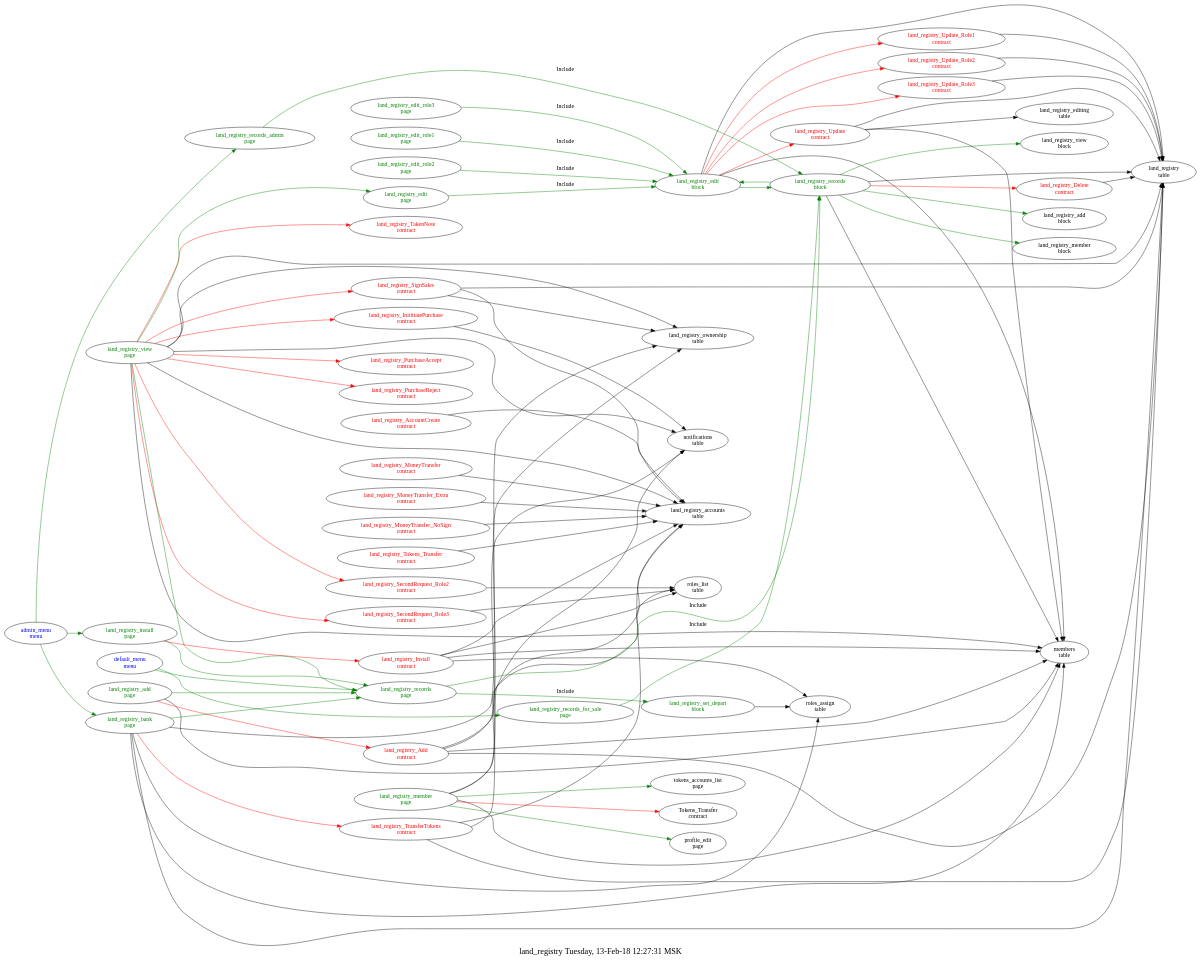
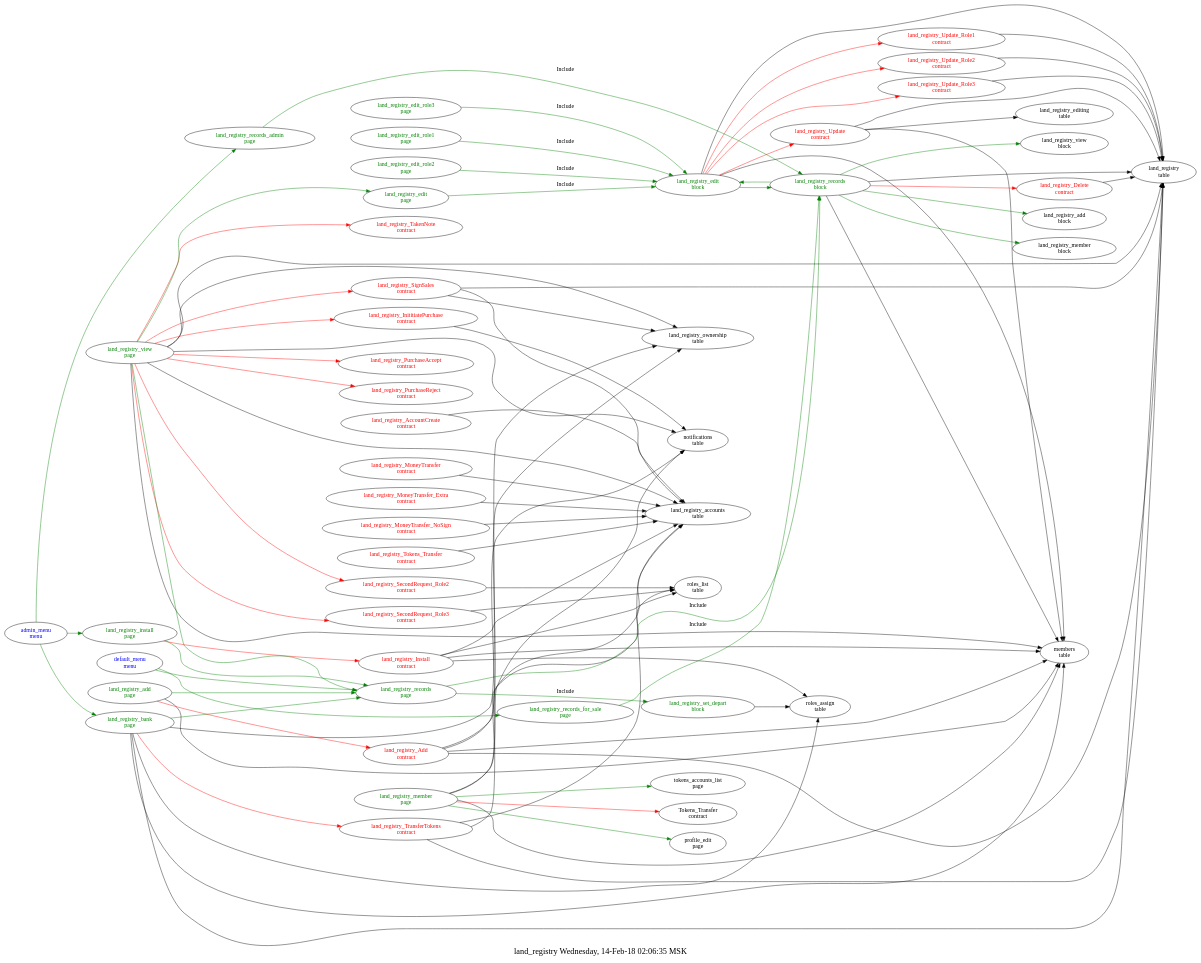
The diagram in src/land_registry/struct.dot (AplaProject/apps), drawn with Graphviz before and after one commit. The commit also changed 2 other files, not shown here.

```diff
--- a/src/land_registry/struct.dot
+++ b/src/land_registry/struct.dot
@@ -1,130 +1,130 @@
 digraph G {
 fontsize="20.0";
-label="land_registry Tuesday, 13-Feb-18 12:27:31 MSK";
+label="land_registry Wednesday, 14-Feb-18 02:06:35 MSK";
 rankdir=LR;
 "land_registry_edit\nblock" -> "land_registry_Update_Role1\ncontract"  [ color=red ]
 "land_registry_edit\nblock" -> "land_registry_Update_Role2\ncontract"  [ color=red ]
 "land_registry_edit\nblock" -> "land_registry_Update_Role3\ncontract"  [ color=red ]
 "land_registry_edit\nblock" -> "land_registry_Update\ncontract"  [ color=red ]
 "land_registry_edit\nblock" -> "land_registry\ntable"
 "land_registry_edit\nblock" -> "members\ntable"
 "land_registry_edit\nblock" -> "land_registry_records\nblock"  [ color=green ]
 "land_registry_edit\nblock" [fontcolor=green, group=blocks];
 "land_registry_records\nblock" -> "land_registry_Delete\ncontract"  [ color=red ]
 "land_registry_records\nblock" -> "land_registry\ntable"
 "land_registry_records\nblock" -> "members\ntable"
 "land_registry_records\nblock" -> "land_registry_member\nblock"  [ color=green ]
 "land_registry_records\nblock" -> "land_registry_view\nblock"  [ color=green ]
 "land_registry_records\nblock" -> "land_registry_edit\nblock"  [ color=green ]
 "land_registry_records\nblock" -> "land_registry_add\nblock"  [ color=green ]
 "land_registry_records\nblock" [fontcolor=green, group=blocks];
 "land_registry_set_depart\nblock" -> "roles_assign\ntable"
 "land_registry_set_depart\nblock" [fontcolor=green, group=blocks];
 "land_registry_AccountCreate\ncontract" -> "land_registry_accounts\ntable"
 "land_registry_AccountCreate\ncontract" [fontcolor=red, group=contracts];
 "land_registry_Add\ncontract" -> "members\ntable"
 "land_registry_Add\ncontract" -> "roles_list\ntable"
 "land_registry_Add\ncontract" -> "land_registry\ntable"
 "land_registry_Add\ncontract" -> "land_registry_ownership\ntable"
 "land_registry_Add\ncontract" [fontcolor=red, group=contracts];
 "land_registry_Delete\ncontract" -> "land_registry\ntable"
 "land_registry_Delete\ncontract" [fontcolor=red, group=contracts];
 "land_registry_InititiatePurchase\ncontract" -> "notifications\ntable"
 "land_registry_InititiatePurchase\ncontract" [fontcolor=red, group=contracts];
 "land_registry_Install\ncontract" -> "members\ntable"
 "land_registry_Install\ncontract" -> "land_registry_accounts\ntable"
 "land_registry_Install\ncontract" -> "roles_list\ntable"
 "land_registry_Install\ncontract" -> "roles_assign\ntable"
 "land_registry_Install\ncontract" [fontcolor=red, group=contracts];
 "land_registry_MoneyTransfer\ncontract" -> "land_registry_accounts\ntable"
 "land_registry_MoneyTransfer\ncontract" [fontcolor=red, group=contracts];
 "land_registry_MoneyTransfer_Extra\ncontract" -> "land_registry_accounts\ntable"
 "land_registry_MoneyTransfer_Extra\ncontract" [fontcolor=red, group=contracts];
 "land_registry_MoneyTransfer_NoSign\ncontract" -> "land_registry_accounts\ntable"
 "land_registry_MoneyTransfer_NoSign\ncontract" [fontcolor=red, group=contracts];
 "land_registry_PurchaseAccept\ncontract" [fontcolor=red, group=contracts];
 "land_registry_PurchaseReject\ncontract" [fontcolor=red, group=contracts];
 "land_registry_SecondRequest_Role2\ncontract" -> "roles_list\ntable"
 "land_registry_SecondRequest_Role2\ncontract" [fontcolor=red, group=contracts];
 "land_registry_SecondRequest_Role3\ncontract" -> "roles_list\ntable"
 "land_registry_SecondRequest_Role3\ncontract" [fontcolor=red, group=contracts];
 "land_registry_SignSales\ncontract" -> "land_registry_ownership\ntable"
 "land_registry_SignSales\ncontract" -> "land_registry\ntable"
 "land_registry_SignSales\ncontract" -> "land_registry_accounts\ntable"
 "land_registry_SignSales\ncontract" [fontcolor=red, group=contracts];
 "land_registry_TakenNote\ncontract" [fontcolor=red, group=contracts];
 "land_registry_Tokens_Transfer\ncontract" -> "land_registry_accounts\ntable"
 "land_registry_Tokens_Transfer\ncontract" [fontcolor=red, group=contracts];
 "land_registry_TransferTokens\ncontract" -> "notifications\ntable"
 "land_registry_TransferTokens\ncontract" -> "land_registry\ntable"
 "land_registry_TransferTokens\ncontract" -> "land_registry_accounts\ntable"
 "land_registry_TransferTokens\ncontract" [fontcolor=red, group=contracts];
 "land_registry_Update\ncontract" -> "land_registry\ntable"
 "land_registry_Update\ncontract" -> "members\ntable"
 "land_registry_Update\ncontract" -> "land_registry_editing\ntable"
 "land_registry_Update\ncontract" [fontcolor=red, group=contracts];
 "land_registry_Update_Role1\ncontract" -> "land_registry\ntable"
 "land_registry_Update_Role1\ncontract" [fontcolor=red, group=contracts];
 "land_registry_Update_Role2\ncontract" -> "land_registry\ntable"
 "land_registry_Update_Role2\ncontract" [fontcolor=red, group=contracts];
 "land_registry_Update_Role3\ncontract" -> "land_registry\ntable"
 "land_registry_Update_Role3\ncontract" [fontcolor=red, group=contracts];
 "admin_menu\nmenu" -> "land_registry_records_admin\npage"  [ color=green ]
 "admin_menu\nmenu" -> "land_registry_bank\npage"  [ color=green ]
 "admin_menu\nmenu" -> "land_registry_install\npage"  [ color=green ]
 "admin_menu\nmenu" [fontcolor=blue, group=menus];
 "default_menu\nmenu" -> "land_registry_records\npage"  [ color=green ]
 "default_menu\nmenu" -> "land_registry_records_for_sale\npage"  [ color=green ]
 "default_menu\nmenu" [fontcolor=blue, group=menus];
 "land_registry_add\npage" -> "land_registry_Add\ncontract"  [ color=red ]
 "land_registry_add\npage" -> "members\ntable"
 "land_registry_add\npage" -> "land_registry_records\npage"  [ color=green ]
 "land_registry_add\npage" [fontcolor=green, group=pages];
 "land_registry_bank\npage" -> "land_registry_TransferTokens\ncontract"  [ color=red ]
 "land_registry_bank\npage" -> "land_registry_ownership\ntable"
 "land_registry_bank\npage" -> "land_registry\ntable"
 "land_registry_bank\npage" -> "roles_assign\ntable"
 "land_registry_bank\npage" -> "members\ntable"
 "land_registry_bank\npage" -> "land_registry_records\npage"  [ color=green ]
 "land_registry_bank\npage" [fontcolor=green, group=pages];
 "land_registry_edit\npage" -> "land_registry_edit\nblock"  [ color=green, label=Include ]
 "land_registry_edit\npage" [fontcolor=green, group=pages];
 "land_registry_edit_role1\npage" -> "land_registry_edit\nblock"  [ color=green, label=Include ]
 "land_registry_edit_role1\npage" [fontcolor=green, group=pages];
 "land_registry_edit_role2\npage" -> "land_registry_edit\nblock"  [ color=green, label=Include ]
 "land_registry_edit_role2\npage" [fontcolor=green, group=pages];
 "land_registry_edit_role3\npage" -> "land_registry_edit\nblock"  [ color=green, label=Include ]
 "land_registry_edit_role3\npage" [fontcolor=green, group=pages];
 "land_registry_install\npage" -> "land_registry_Install\ncontract"  [ color=red ]
 "land_registry_install\npage" -> "land_registry_records\npage"  [ color=green ]
 "land_registry_install\npage" [fontcolor=green, group=pages];
 "land_registry_member\npage" -> "Tokens_Transfer\ncontract"  [ color=red ]
 "land_registry_member\npage" -> "members\ntable"
 "land_registry_member\npage" -> "notifications\ntable"
 "land_registry_member\npage" -> "land_registry_accounts\ntable"
 "land_registry_member\npage" -> "profile_edit\npage"  [ color=green ]
 "land_registry_member\npage" -> "tokens_accounts_list\npage"  [ color=green ]
 "land_registry_member\npage" [fontcolor=green, group=pages];
 "land_registry_records\npage" -> "land_registry_set_depart\nblock"  [ color=green, label=Include ]
 "land_registry_records\npage" -> "land_registry_records\nblock"  [ color=green, label=Include ]
 "land_registry_records\npage" [fontcolor=green, group=pages];
 "land_registry_records_admin\npage" -> "land_registry_records\nblock"  [ color=green, label=Include ]
 "land_registry_records_admin\npage" [fontcolor=green, group=pages];
 "land_registry_records_for_sale\npage" -> "land_registry_records\nblock"  [ color=green, label=Include ]
 "land_registry_records_for_sale\npage" [fontcolor=green, group=pages];
 "land_registry_view\npage" -> "land_registry_SecondRequest_Role2\ncontract"  [ color=red ]
 "land_registry_view\npage" -> "land_registry_SecondRequest_Role3\ncontract"  [ color=red ]
 "land_registry_view\npage" -> "land_registry_InititiatePurchase\ncontract"  [ color=red ]
 "land_registry_view\npage" -> "land_registry_PurchaseReject\ncontract"  [ color=red ]
 "land_registry_view\npage" -> "land_registry_PurchaseAccept\ncontract"  [ color=red ]
 "land_registry_view\npage" -> "land_registry_SignSales\ncontract"  [ color=red ]
 "land_registry_view\npage" -> "land_registry_TakenNote\ncontract"  [ color=red ]
 "land_registry_view\npage" -> "land_registry\ntable"
 "land_registry_view\npage" -> "land_registry_ownership\ntable"
 "land_registry_view\npage" -> "members\ntable"
 "land_registry_view\npage" -> "notifications\ntable"
 "land_registry_view\npage" -> "land_registry_accounts\ntable"
 "land_registry_view\npage" -> "land_registry_records\npage"  [ color=green ]
 "land_registry_view\npage" -> "land_registry_edit\npage"  [ color=green ]
 "land_registry_view\npage" [fontcolor=green, group=pages];
 }
```
